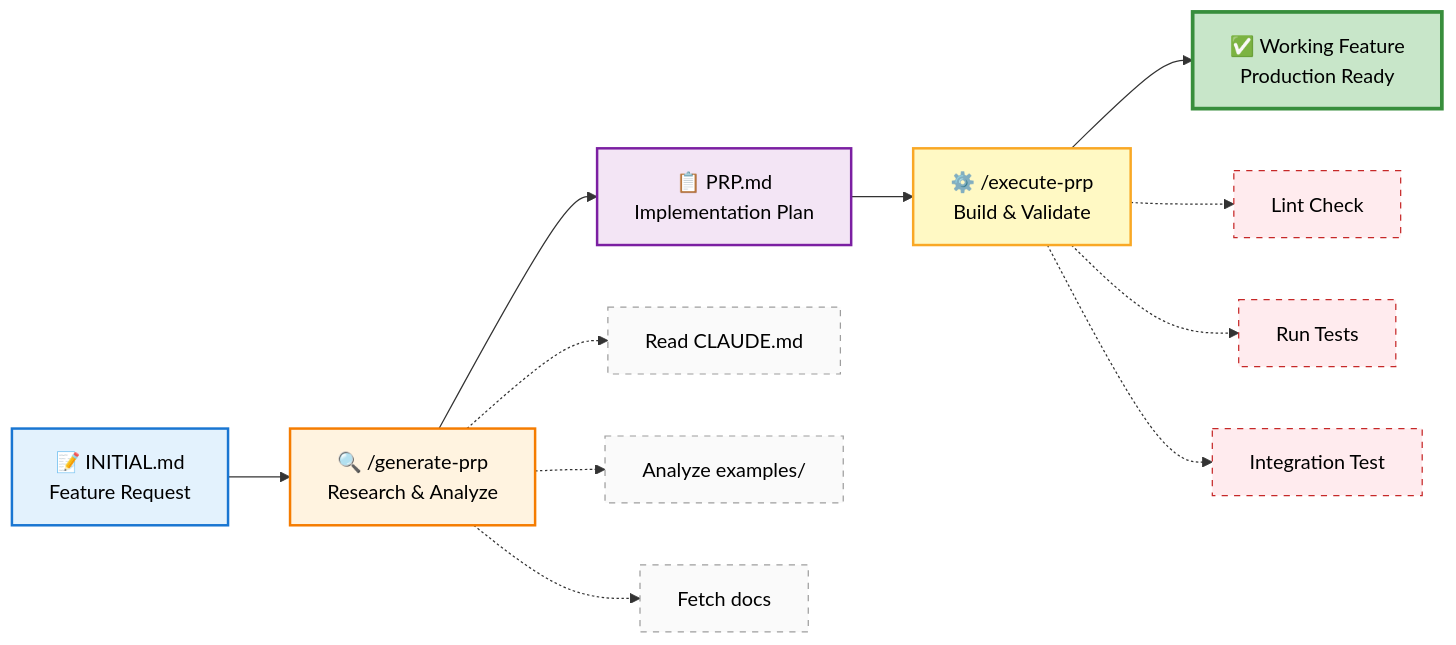
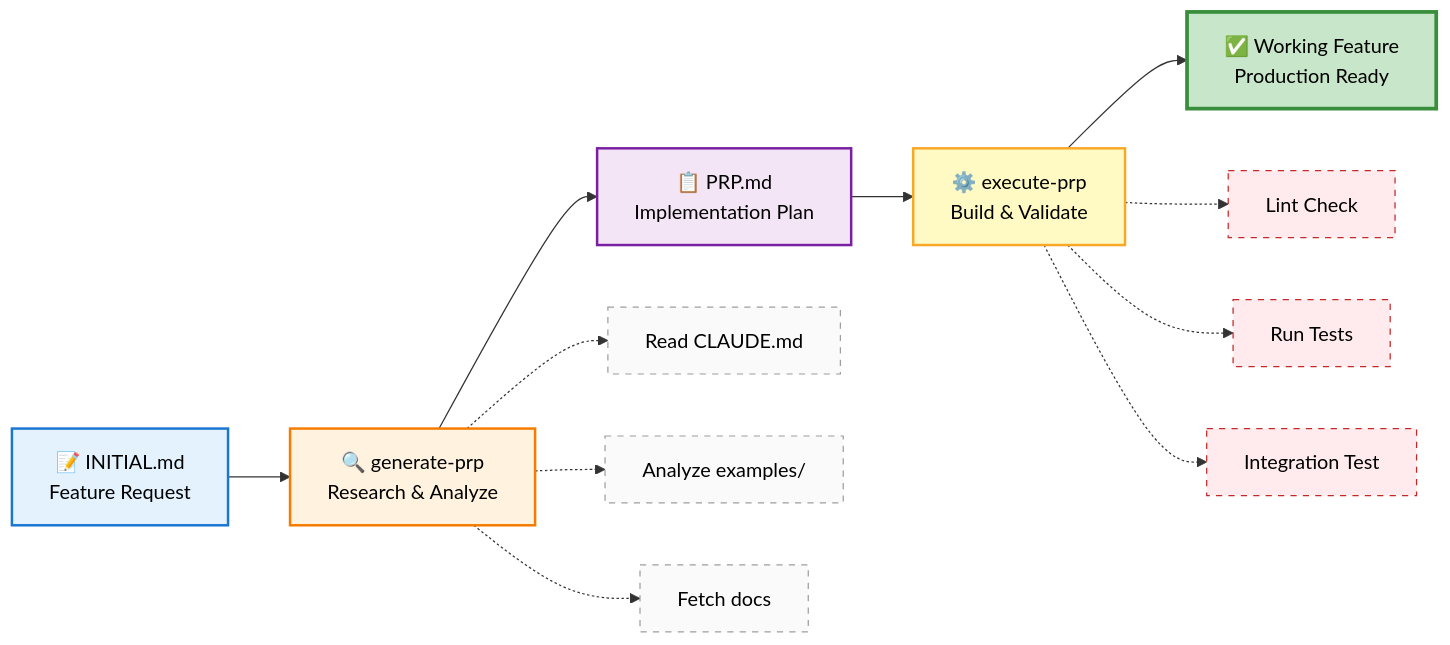
One commit to bprzybys-nc/ctx-eng-plus changed the diagram in ce-demo/mermaid-charts/workflow.mermaid. Above: the diagram before and after it, drawn with Mermaid. The commit also changed 11 other files, not shown here.

```diff
--- a/ce-demo/mermaid-charts/workflow.mermaid
+++ b/ce-demo/mermaid-charts/workflow.mermaid
@@ -1,30 +1,30 @@
 %% Context Engineering Workflow
 %% Light theme optimized for presentations
 
 graph LR
-    A[📝 INITIAL.md<br/>Feature Request] --> B[🔍 /generate-prp<br/>Research & Analyze]
-    B --> C[📋 PRP.md<br/>Implementation Plan]
-    C --> D[⚙️ /execute-prp<br/>Build & Validate]
-    D --> E[✅ Working Feature<br/>Production Ready]
+    A["📝 INITIAL.md<br/>Feature Request"] --> B["🔍 generate-prp<br/>Research & Analyze"]
+    B --> C["📋 PRP.md<br/>Implementation Plan"]
+    C --> D["⚙️ execute-prp<br/>Build & Validate"]
+    D --> E["✅ Working Feature<br/>Production Ready"]
 
-    B -.-> F[Read CLAUDE.md]
-    B -.-> G[Analyze examples/]
-    B -.-> H[Fetch docs]
+    B -.-> F["Read CLAUDE.md"]
+    B -.-> G["Analyze examples/"]
+    B -.-> H["Fetch docs"]
 
-    D -.-> I[Lint Check]
-    D -.-> J[Run Tests]
-    D -.-> K[Integration Test]
+    D -.-> I["Lint Check"]
+    D -.-> J["Run Tests"]
+    D -.-> K["Integration Test"]
 
     style A fill:#e3f2fd,stroke:#1976d2,stroke-width:2px,color:#000
     style B fill:#fff3e0,stroke:#f57c00,stroke-width:2px,color:#000
     style C fill:#f3e5f5,stroke:#7b1fa2,stroke-width:2px,color:#000
     style D fill:#fff9c4,stroke:#f9a825,stroke-width:2px,color:#000
     style E fill:#c8e6c9,stroke:#388e3c,stroke-width:3px,color:#000
 
     style F fill:#fafafa,stroke:#9e9e9e,stroke-dasharray: 5 5,color:#000
     style G fill:#fafafa,stroke:#9e9e9e,stroke-dasharray: 5 5,color:#000
     style H fill:#fafafa,stroke:#9e9e9e,stroke-dasharray: 5 5,color:#000
 
     style I fill:#ffebee,stroke:#c62828,stroke-dasharray: 5 5,color:#000
     style J fill:#ffebee,stroke:#c62828,stroke-dasharray: 5 5,color:#000
     style K fill:#ffebee,stroke:#c62828,stroke-dasharray: 5 5,color:#000
```
